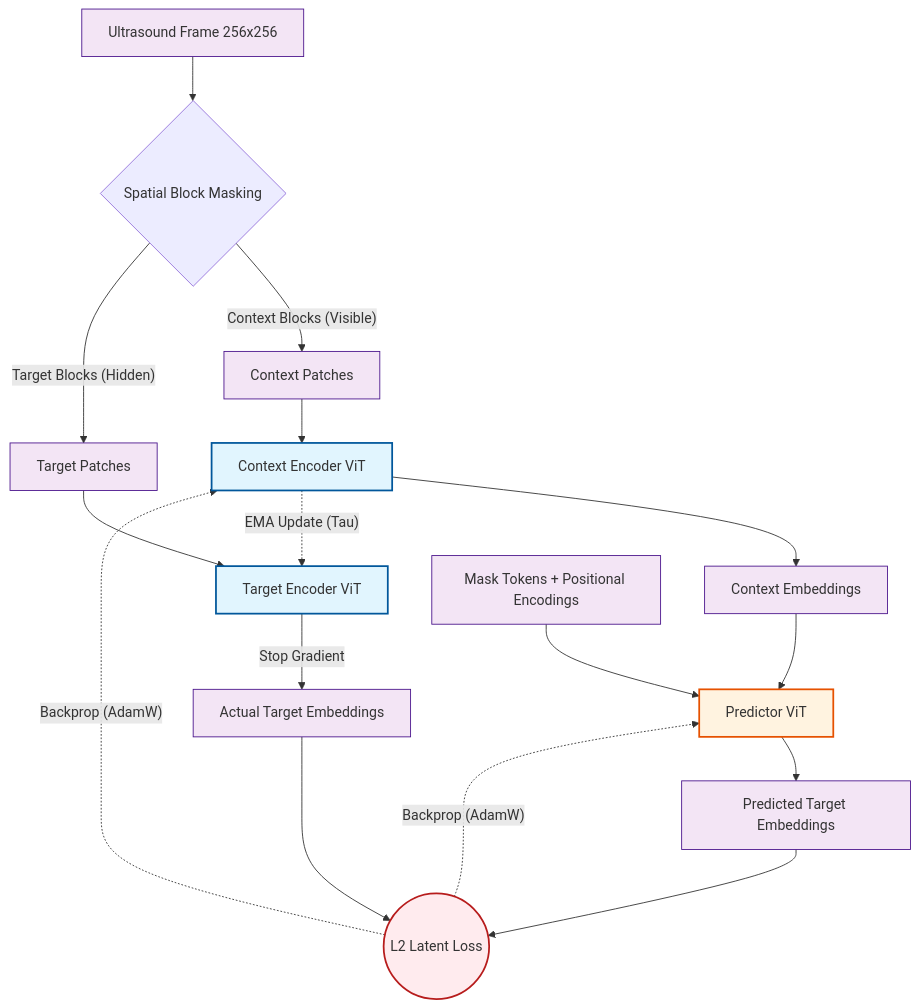
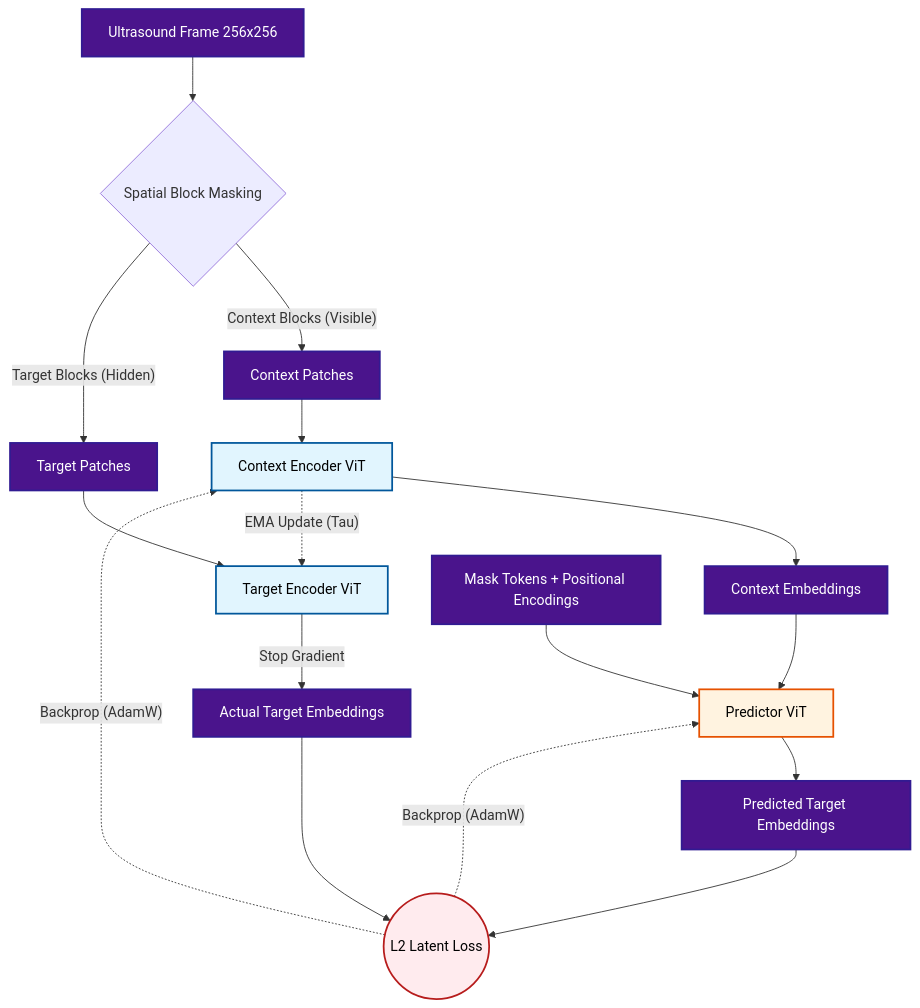
The diagram in README.md (vivek15905/Cardiac_vision_JEPA), drawn with Mermaid before and after one commit.

Commit message:
README.md

````diff
--- a/README.md
+++ b/README.md
@@ -39,39 +39,39 @@
 ```mermaid
 flowchart TB
     Input[Ultrasound Frame 256x256] --> Masking{Spatial Block Masking}
 
     %% Context Branch
     Masking -- "Context Blocks (Visible)" --> C_Patches[Context Patches]
     C_Patches --> C_Enc[Context Encoder ViT]
     C_Enc --> C_Embed[Context Embeddings]
 
     %% Target Branch
     Masking -- "Target Blocks (Hidden)" --> T_Patches[Target Patches]
     T_Patches --> T_Enc[Target Encoder ViT]
     T_Enc -- "Stop Gradient" --> T_Embed[Actual Target Embeddings]
 
     %% Prediction
     C_Embed --> Pred[Predictor ViT]
     Mask_Tokens[Mask Tokens + Positional Encodings] --> Pred
     Pred --> Pred_Embed[Predicted Target Embeddings]
 
     %% Loss & Updates
     Pred_Embed --> Loss((L2 Latent Loss))
     T_Embed --> Loss
 
     %% Parameter Updates
     Loss -. "Backprop (AdamW)" .-> C_Enc
     Loss -. "Backprop (AdamW)" .-> Pred
     C_Enc -. "EMA Update (Tau)" .-> T_Enc
 
     %% Styling
-    classDef encoder fill:#e1f5fe,stroke:#01579b,stroke-width:2px;
-    classDef predictor fill:#fff3e0,stroke:#e65100,stroke-width:2px;
-    classDef data fill:#f3e5f5,stroke:#4a148c,stroke-width:1px;
-    classDef loss fill:#ffebee,stroke:#b71c1c,stroke-width:2px;
+    classDef encoder fill:#e1f5fe,stroke:#01579b,stroke-width:2px,color:#000000;
+    classDef predictor fill:#fff3e0,stroke:#e65100,stroke-width:2px,color:#000000;
+    classDef data fill:#4a148c,stroke:#311b92,stroke-width:2px,color:#ffffff;
+    classDef loss fill:#ffebee,stroke:#b71c1c,stroke-width:2px,color:#000000;
 
     class C_Enc,T_Enc encoder;
     class Pred predictor;
     class Input,C_Patches,T_Patches,C_Embed,T_Embed,Pred_Embed,Mask_Tokens data;
     class Loss loss;
 ```
````
